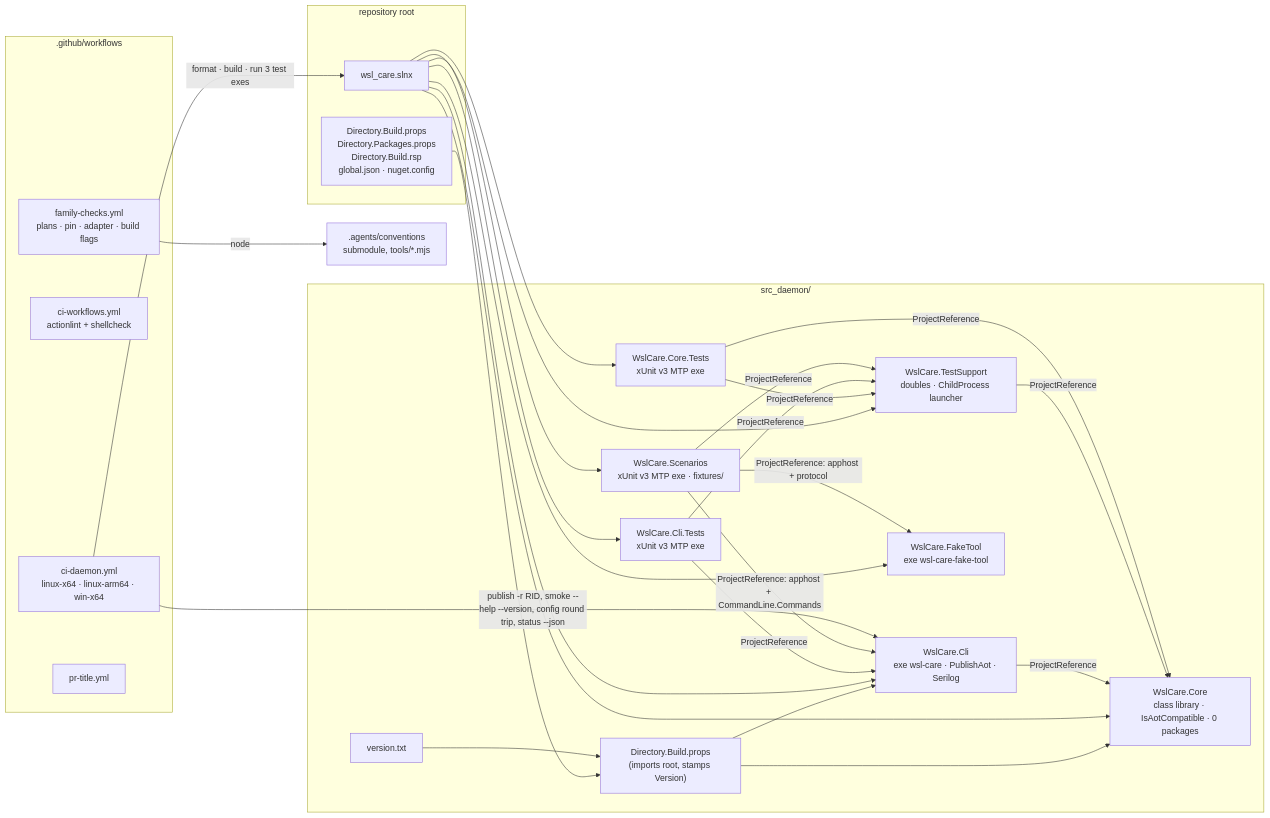
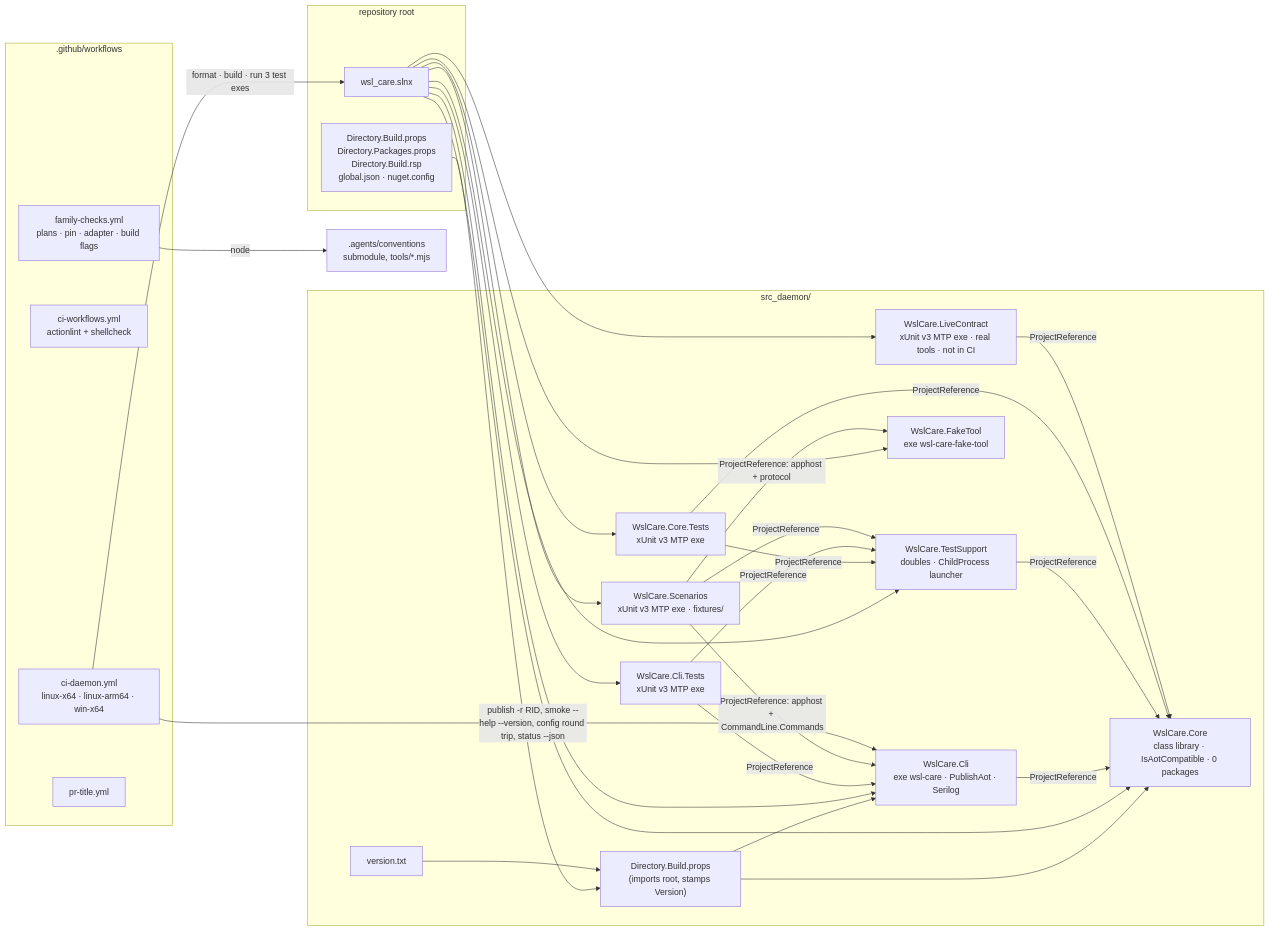
The fourth of 6 diagrams in research/architecture.md (oleksandrdubyna88/wsl_care), drawn with Mermaid before and after one commit. The commit also changed other lines of this file and 70 other files, not shown here.

````diff
--- a/research/architecture.md
+++ b/research/architecture.md
@@ -262,52 +397,55 @@
 ```mermaid
 flowchart LR
     subgraph root["repository root"]
         props["Directory.Build.props<br/>Directory.Packages.props<br/>Directory.Build.rsp<br/>global.json · nuget.config"]
         slnx["wsl_care.slnx"]
     end
 
     subgraph daemon["src_daemon/"]
         ver["version.txt"]
         dprops["Directory.Build.props<br/>(imports root, stamps Version)"]
         core["WslCare.Core<br/>class library · IsAotCompatible · 0 packages"]
         cli["WslCare.Cli<br/>exe wsl-care · PublishAot · Serilog"]
         support["WslCare.TestSupport<br/>doubles · ChildProcess launcher"]
         coreT["WslCare.Core.Tests<br/>xUnit v3 MTP exe"]
         cliT["WslCare.Cli.Tests<br/>xUnit v3 MTP exe"]
         fake["WslCare.FakeTool<br/>exe wsl-care-fake-tool"]
         scn["WslCare.Scenarios<br/>xUnit v3 MTP exe · fixtures/"]
+        live["WslCare.LiveContract<br/>xUnit v3 MTP exe · real tools · not in CI"]
     end
 
     subgraph ci[".github/workflows"]
         ciD["ci-daemon.yml<br/>linux-x64 · linux-arm64 · win-x64"]
         ciW["ci-workflows.yml<br/>actionlint + shellcheck"]
         ciF["family-checks.yml<br/>plans · pin · adapter · build flags"]
         prT["pr-title.yml"]
     end
 
     conv[".agents/conventions<br/>submodule, tools/*.mjs"]
 
     props --> dprops
     ver --> dprops
     dprops --> core
     dprops --> cli
     slnx --> core
     slnx --> cli
     slnx --> support
     slnx --> coreT
     slnx --> cliT
     slnx --> fake
     slnx --> scn
+    slnx --> live
     cli -->|ProjectReference| core
     support -->|ProjectReference| core
     coreT -->|ProjectReference| core
     coreT -->|ProjectReference| support
     cliT -->|ProjectReference| cli
     cliT -->|ProjectReference| support
     scn -->|"ProjectReference: apphost + CommandLine.Commands"| cli
     scn -->|"ProjectReference: apphost + protocol"| fake
     scn -->|ProjectReference| support
+    live -->|ProjectReference| core
     ciD -->|format · build · run 3 test exes| slnx
     ciD -->|"publish -r RID, smoke --help --version, config round trip, status --json"| cli
     ciF -->|node| conv
 ```
````
